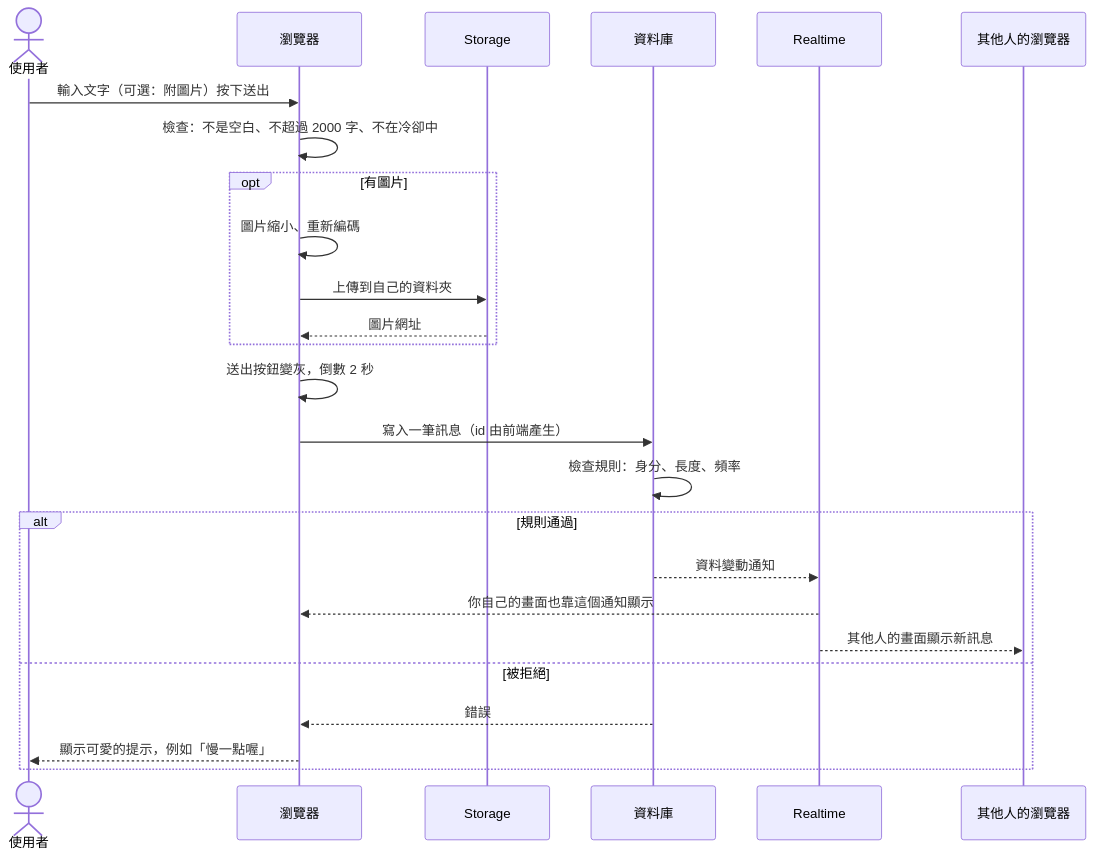
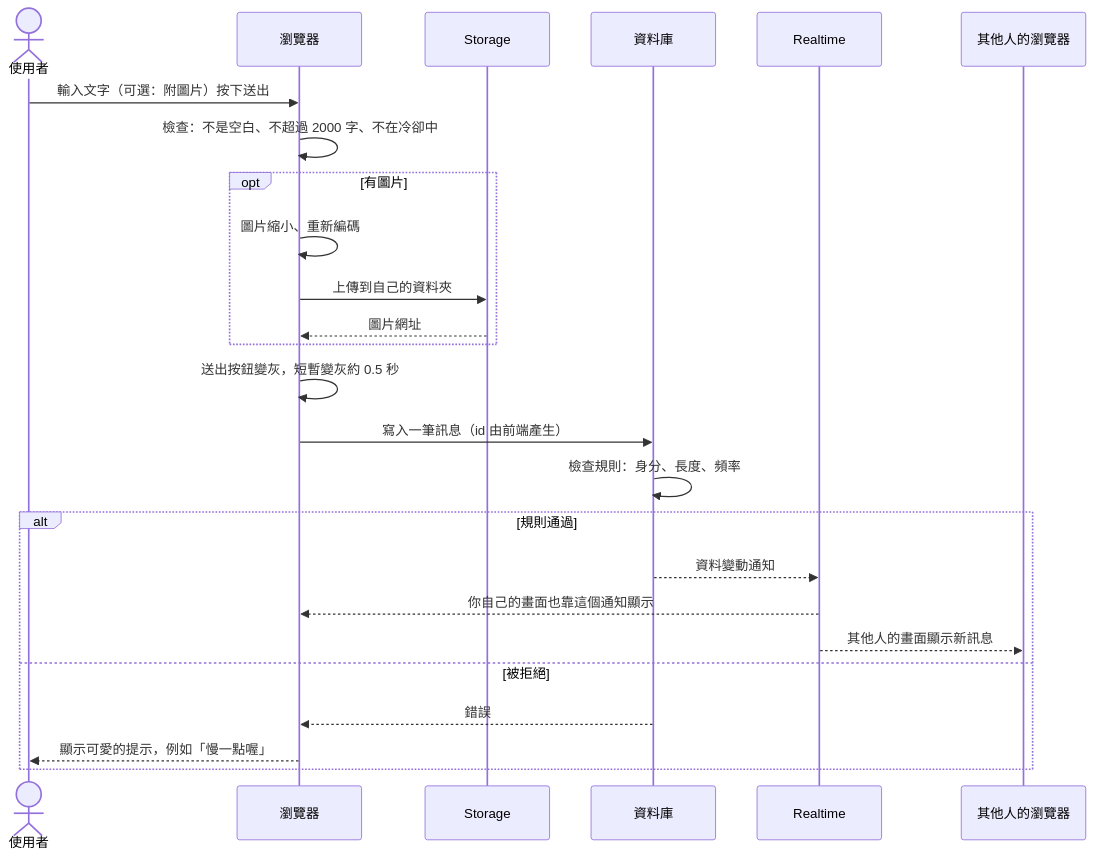
One commit to 411332043git/ch3hw changed the fifth of 14 diagrams in docs/architecture.md. Above: the diagram before and after it, drawn with Mermaid. The commit also changed other lines of this file and 80 other files, not shown here.

````diff
--- a/docs/architecture.md
+++ b/docs/architecture.md
@@ -695,28 +716,28 @@
 ```mermaid
 sequenceDiagram
     actor U as 使用者
     participant B as 瀏覽器
     participant ST as Storage
     participant DB as 資料庫
     participant RT as Realtime
     participant O as 其他人的瀏覽器
 
     U->>B: 輸入文字（可選：附圖片）按下送出
     B->>B: 檢查：不是空白、不超過 2000 字、不在冷卻中
     opt 有圖片
         B->>B: 圖片縮小、重新編碼
         B->>ST: 上傳到自己的資料夾
         ST-->>B: 圖片網址
     end
-    B->>B: 送出按鈕變灰，倒數 2 秒
+    B->>B: 送出按鈕變灰，短暫變灰約 0.5 秒
     B->>DB: 寫入一筆訊息（id 由前端產生）
     DB->>DB: 檢查規則：身分、長度、頻率
     alt 規則通過
         DB-->>RT: 資料變動通知
         RT-->>B: 你自己的畫面也靠這個通知顯示
         RT-->>O: 其他人的畫面顯示新訊息
     else 被拒絕
         DB-->>B: 錯誤
         B-->>U: 顯示可愛的提示，例如「慢一點喔」
     end
 ```
````
